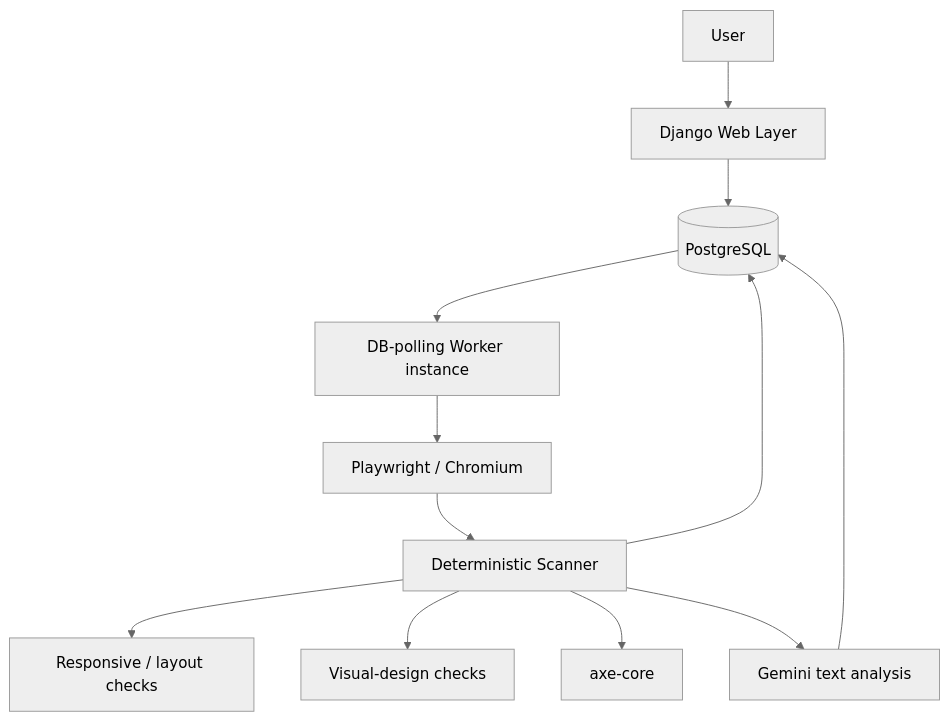
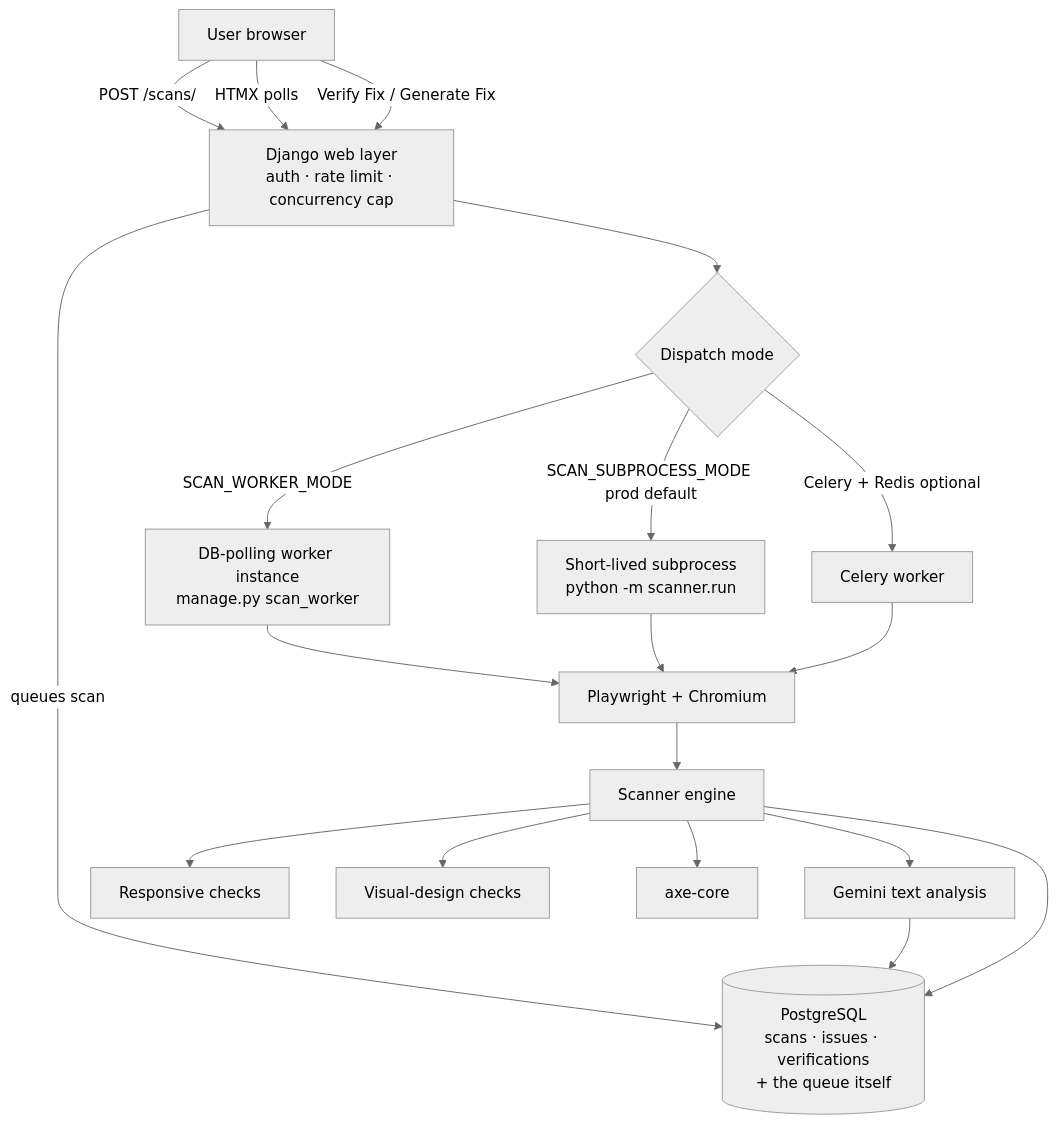
Before and after one commit to 1abhishek0948/Ai-Web-Doctor: the diagram in README.md, drawn with Mermaid (neutral theme). The commit also changed other lines of this file, not shown here.

````diff
--- a/README.md
+++ b/README.md
@@ -227,14 +170,22 @@
 ```mermaid
 flowchart TD
-    User[User] --> Django[Django Web Layer]
-    Django --> PG[(PostgreSQL)]
-    PG --> Worker[DB-polling Worker instance]
-    Worker --> PW[Playwright / Chromium]
-    PW --> Scanner[Deterministic Scanner]
-    Scanner --> Responsive[Responsive / layout checks]
-    Scanner --> Visual[Visual-design checks]
-    Scanner --> Axe[axe-core]
-    Scanner --> Gemini[Gemini text analysis]
-    Scanner --> PG
-    Gemini --> PG
+    U[User browser] -->|POST /scans/| W[Django web layer<br/>auth · rate limit · concurrency cap]
+    W -->|queues scan| PG[(PostgreSQL<br/>scans · issues · verifications<br/>+ the queue itself)]
+    D{Dispatch mode}
+    W --> D
+    D -->|SCAN_WORKER_MODE| WK[DB-polling worker instance<br/>manage.py scan_worker]
+    D -->|SCAN_SUBPROCESS_MODE prod default| SP[Short-lived subprocess<br/>python -m scanner.run]
+    D -->|Celery + Redis optional| CE[Celery worker]
+    WK --> PW[Playwright + Chromium]
+    SP --> PW
+    CE --> PW
+    PW --> SC[Scanner engine]
+    SC --> R[Responsive checks]
+    SC --> V[Visual-design checks]
+    SC --> AX[axe-core]
+    SC --> AI[Gemini text analysis]
+    SC --> PG
+    AI --> PG
+    U -->|HTMX polls| W
+    U -->|Verify Fix / Generate Fix| W
 ```
````
